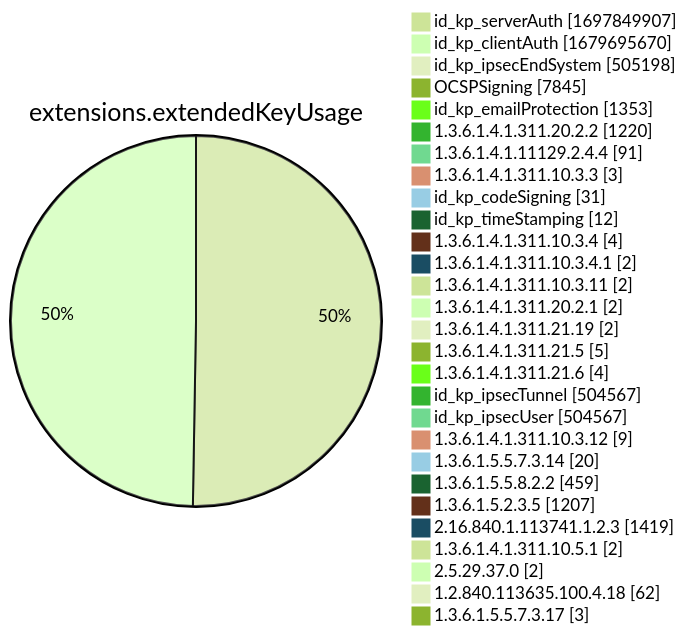
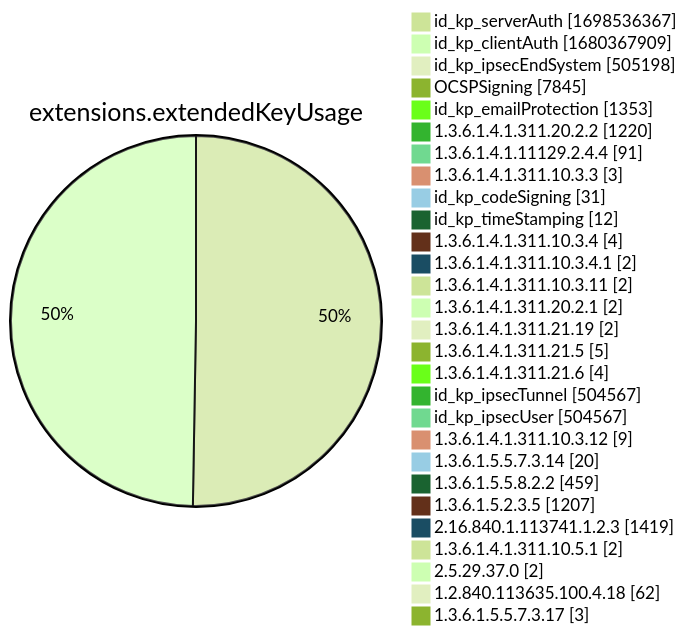
One commit to christiankrug/ctmonitor_visualization changed diagram 12 of 15 in xenon2022/README.md. Above: the diagram before and after it, drawn with Mermaid (forest theme). The commit also changed other lines of this file, not shown here.

````diff
--- a/xenon2022/README.md
+++ b/xenon2022/README.md
@@ -3888,32 +3888,32 @@
 ```mermaid
 pie showData
 title extensions.extendedKeyUsage
-"id_kp_serverAuth" :1697849907
-"id_kp_clientAuth" :1679695670
+"id_kp_serverAuth" :1698536367
+"id_kp_clientAuth" :1680367909
 "id_kp_ipsecEndSystem" :505198
 "OCSPSigning" :7845
 "id_kp_emailProtection" :1353
 "1.3.6.1.4.1.311.20.2.2" :1220
 "1.3.6.1.4.1.11129.2.4.4" :91
 "1.3.6.1.4.1.311.10.3.3" :3
 "id_kp_codeSigning" :31
 "id_kp_timeStamping" :12
 "1.3.6.1.4.1.311.10.3.4" :4
 "1.3.6.1.4.1.311.10.3.4.1" :2
 "1.3.6.1.4.1.311.10.3.11" :2
 "1.3.6.1.4.1.311.20.2.1" :2
 "1.3.6.1.4.1.311.21.19" :2
 "1.3.6.1.4.1.311.21.5" :5
 "1.3.6.1.4.1.311.21.6" :4
 "id_kp_ipsecTunnel" :504567
 "id_kp_ipsecUser" :504567
 "1.3.6.1.4.1.311.10.3.12" :9
 "1.3.6.1.5.5.7.3.14" :20
 "1.3.6.1.5.5.8.2.2" :459
 "1.3.6.1.5.2.3.5" :1207
 "2.16.840.1.113741.1.2.3" :1419
 "1.3.6.1.4.1.311.10.5.1" :2
 "2.5.29.37.0" :2
 "1.2.840.113635.100.4.18" :62
 "1.3.6.1.5.5.7.3.17" :3
 ```
````
